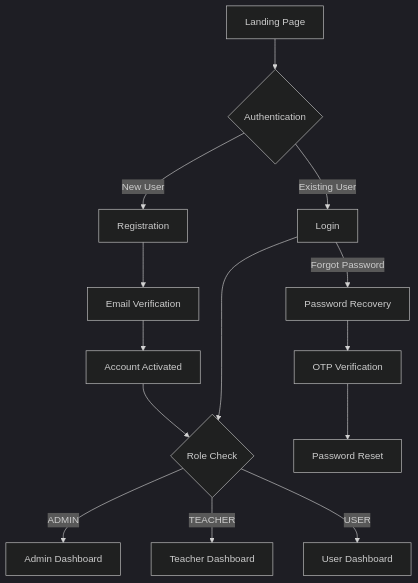
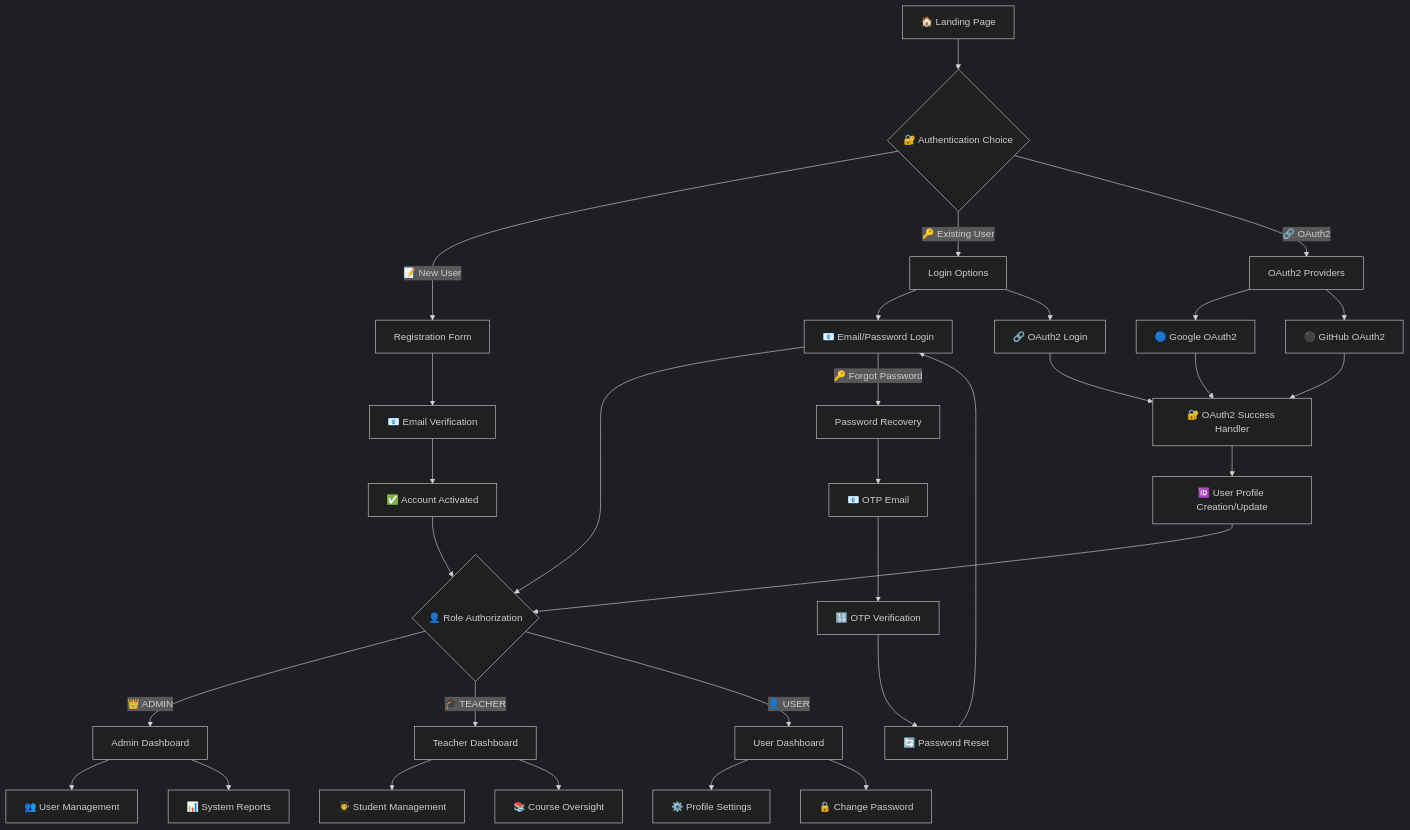
One commit to md4nas/college-Admission-Portal changed the third of 3 diagrams in README.md. Above: the diagram before and after it, drawn with Mermaid (dark theme). The commit also changed other lines of this file and 8 other files, not shown here.

````diff
--- a/README.md
+++ b/README.md
@@ -359,16 +427,43 @@
 ```mermaid
 flowchart TD
-    A[Landing Page] --> B{Authentication}
-    B -->|New User| C[Registration]
-    B -->|Existing User| D[Login]
-    C --> E[Email Verification]
-    E --> F[Account Activated]
-    D --> G{Role Check}
-    F --> G
-    G -->|ADMIN| H[Admin Dashboard]
-    G -->|TEACHER| I[Teacher Dashboard]
-    G -->|USER| J[User Dashboard]
-    D -->|Forgot Password| K[Password Recovery]
-    K --> L[OTP Verification]
-    L --> M[Password Reset]
+    A[🏠 Landing Page] --> B{🔐 Authentication Choice}
+    
+    B -->|📝 New User| C[Registration Form]
+    B -->|🔑 Existing User| D[Login Options]
+    B -->|🔗 OAuth2| E[OAuth2 Providers]
+    
+    C --> F[📧 Email Verification]
+    F --> G[✅ Account Activated]
+    
+    D --> H[📧 Email/Password Login]
+    D --> I[🔗 OAuth2 Login]
+    
+    E --> J[🔵 Google OAuth2]
+    E --> K[⚫ GitHub OAuth2]
+    
+    J --> L[🔐 OAuth2 Success Handler]
+    K --> L
+    I --> L
+    
+    H --> M{👤 Role Authorization}
+    G --> M
+    L --> N[🆔 User Profile Creation/Update]
+    N --> M
+    
+    M -->|👑 ADMIN| O[Admin Dashboard]
+    M -->|🎓 TEACHER| P[Teacher Dashboard]
+    M -->|👤 USER| Q[User Dashboard]
+    
+    H -->|🔑 Forgot Password| R[Password Recovery]
+    R --> S[📧 OTP Email]
+    S --> T[🔢 OTP Verification]
+    T --> U[🔄 Password Reset]
+    U --> H
+    
+    O --> V[👥 User Management]
+    O --> W[📊 System Reports]
+    P --> X[👨‍🎓 Student Management]
+    P --> Y[📚 Course Oversight]
+    Q --> Z[⚙️ Profile Settings]
+    Q --> AA[🔒 Change Password]
 ```
````
